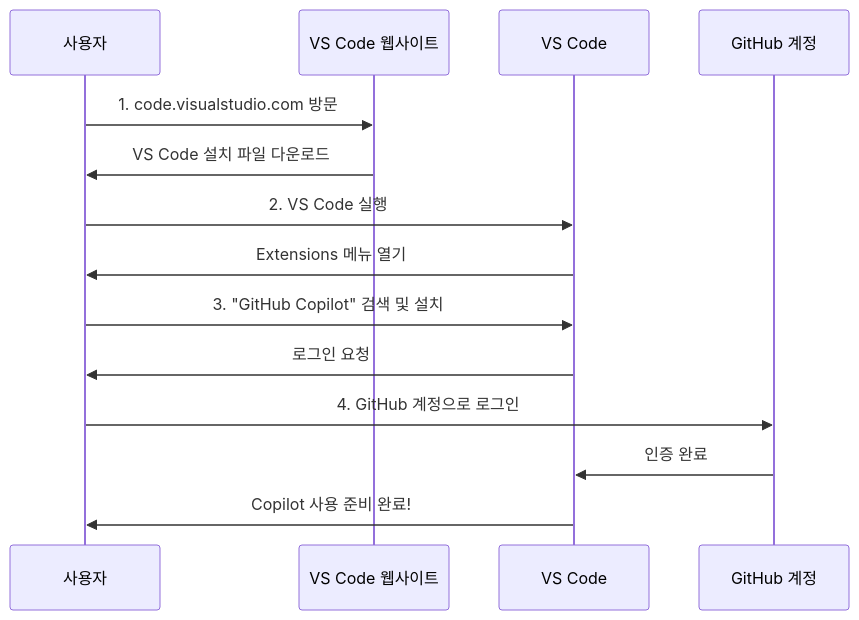
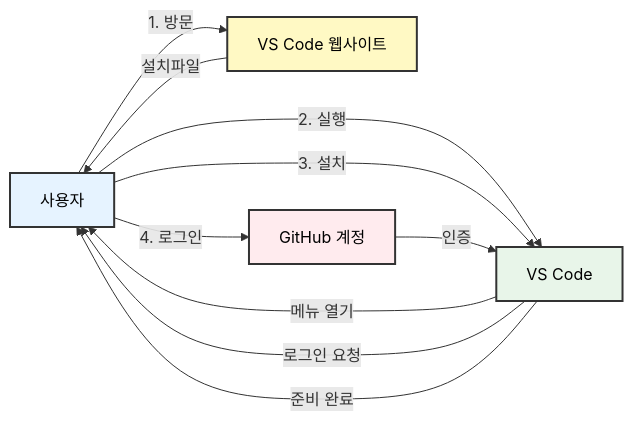
One commit to seo-jinseok/GitHub-Copilot-Guide changed the sixth of 17 diagrams in dist/University_Copilot_Guide_Complete_KO.md. Above: the diagram before and after it, drawn with Mermaid. The commit also changed other lines of this file, not shown here.

Commit message:
docs: mermaid 그림 색상 수정

````diff
--- a/dist/University_Copilot_Guide_Complete_KO.md
+++ b/dist/University_Copilot_Guide_Complete_KO.md
@@ -345,17 +345,17 @@
 ```mermaid
-sequenceDiagram
-    participant User as 사용자
-    participant Web as VS Code 웹사이트
-    participant VSCode as VS Code
-    participant GitHub as GitHub 계정
-    
-    User->>Web: 1. code.visualstudio.com 방문
-    Web->>User: VS Code 설치 파일 다운로드
-    User->>VSCode: 2. VS Code 실행
-    VSCode->>User: Extensions 메뉴 열기
-    User->>VSCode: 3. "GitHub Copilot" 검색 및 설치
-    VSCode->>User: 로그인 요청
-    User->>GitHub: 4. GitHub 계정으로 로그인
-    GitHub->>VSCode: 인증 완료
-    VSCode->>User: Copilot 사용 준비 완료!
+graph LR
+    User[사용자] -->|1. 방문| Web[VS Code 웹사이트]
+    Web -->|설치파일| User
+    User -->|2. 실행| VSCode[VS Code]
+    VSCode -->|메뉴 열기| User
+    User -->|3. 설치| VSCode
+    VSCode -->|로그인 요청| User
+    User -->|4. 로그인| GitHub[GitHub 계정]
+    GitHub -->|인증| VSCode
+    VSCode -->|준비 완료| User
+
+    style User fill:#e6f3ff,stroke:#333,stroke-width:2px,color:#000
+    style Web fill:#fff9c4,stroke:#333,stroke-width:2px,color:#000
+    style VSCode fill:#e8f5e9,stroke:#333,stroke-width:2px,color:#000
+    style GitHub fill:#ffebee,stroke:#333,stroke-width:2px,color:#000
 ```
````
